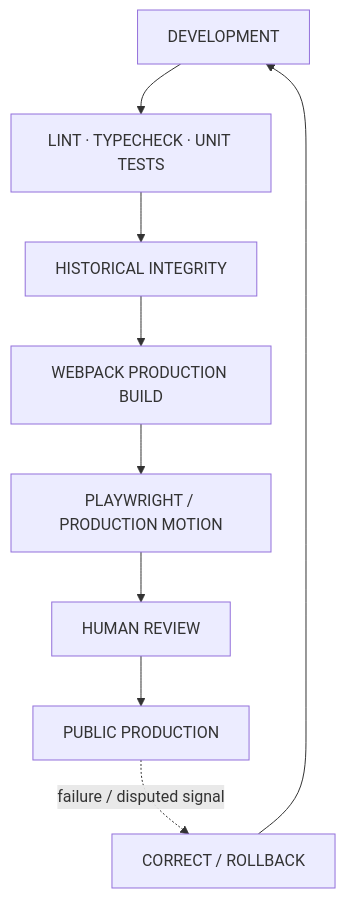
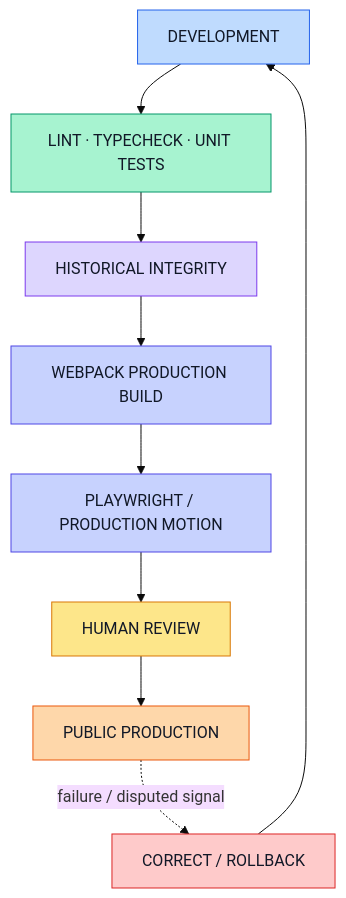
Before and after one commit to drferdi/Kediri-Kings-Century: the fourth of 4 diagrams in README.md, drawn with Mermaid. The commit also changed other lines of this file, not shown here.

```diff
--- a/README.md
+++ b/README.md
@@ -406,20 +526,37 @@
 ~~~mermaid
+%%{init: {'theme':'base'}}%%
 flowchart TB
   DEV["DEVELOPMENT"]
   STATIC["LINT · TYPECHECK · UNIT TESTS"]
   HIST["HISTORICAL INTEGRITY"]
   BUILD["WEBPACK PRODUCTION BUILD"]
   BROWSER["PLAYWRIGHT / PRODUCTION MOTION"]
   REVIEW["HUMAN REVIEW"]
   PROD["PUBLIC PRODUCTION"]
   ROLLBACK["CORRECT / ROLLBACK"]
 
   DEV --> STATIC
   STATIC --> HIST
   HIST --> BUILD
   BUILD --> BROWSER
   BROWSER --> REVIEW
   REVIEW --> PROD
   PROD -. failure / disputed signal .-> ROLLBACK
   ROLLBACK --> DEV
+
+  classDef dev fill:#BFDBFE,stroke:#2563EB,color:#111827;
+  classDef verify fill:#A7F3D0,stroke:#059669,color:#111827;
+  classDef history fill:#DDD6FE,stroke:#7C3AED,color:#111827;
+  classDef browser fill:#C7D2FE,stroke:#4F46E5,color:#111827;
+  classDef review fill:#FDE68A,stroke:#D97706,color:#111827;
+  classDef prod fill:#FED7AA,stroke:#EA580C,color:#111827;
+  classDef roll fill:#FECACA,stroke:#DC2626,color:#111827;
+
+  class DEV dev;
+  class STATIC verify;
+  class HIST history;
+  class BUILD,BROWSER browser;
+  class REVIEW review;
+  class PROD prod;
+  class ROLLBACK roll;
 ~~~
```
